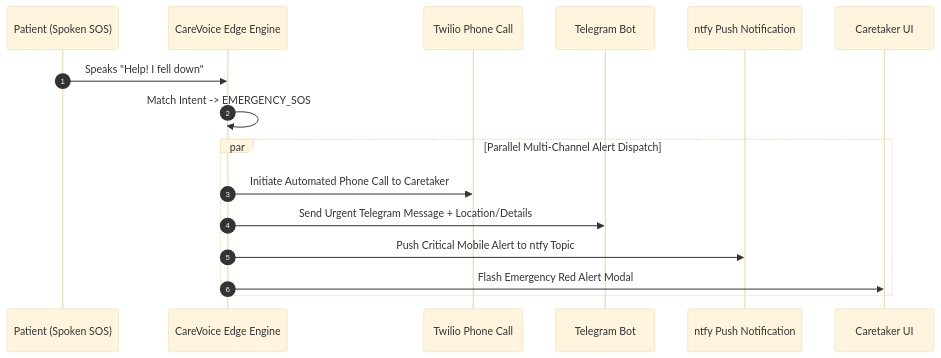
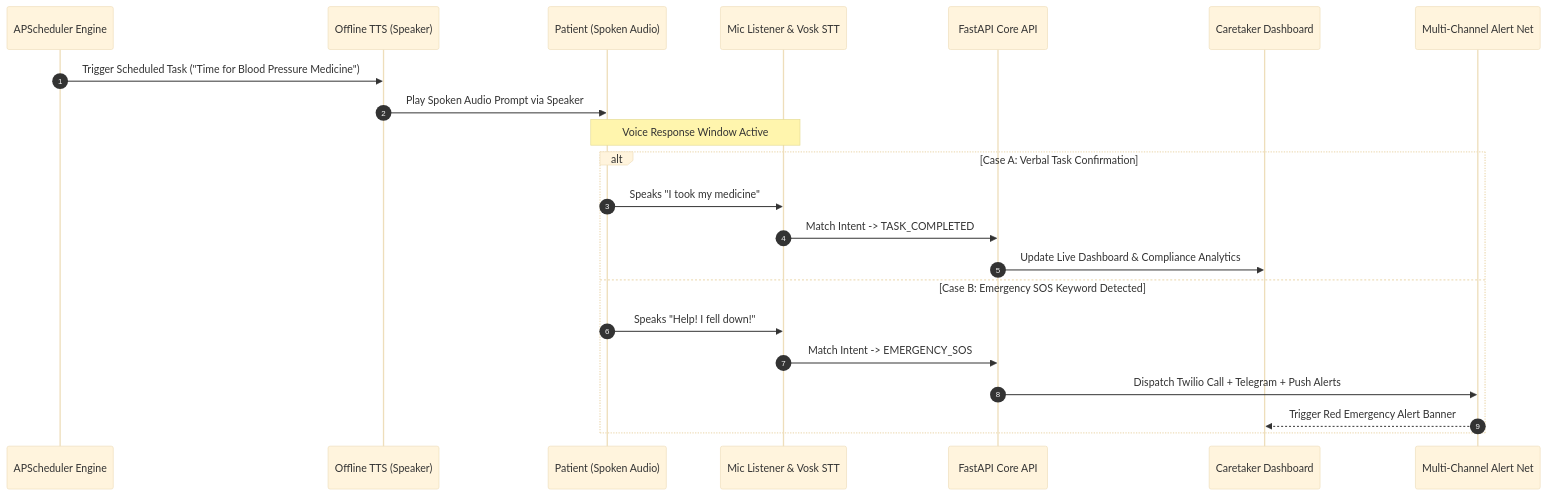
Before and after one commit to AreyMayank/CareVoice-Edge: the second of 3 diagrams in README.md, drawn with Mermaid (base theme). The commit also changed other lines of this file, not shown here.

Commit message:
docs: redraft README with technical architecture, diagrams, and standard setup guide

````diff
--- a/README.md
+++ b/README.md
@@ -124,20 +119,27 @@
 ```mermaid
 sequenceDiagram
     autonumber
-    participant Patient as Patient (Spoken SOS)
-    participant EdgeEngine as CareVoice Edge Engine
-    participant Twilio as Twilio Phone Call
-    participant Telegram as Telegram Bot
-    participant Push as ntfy Push Notification
-    participant Dashboard as Caretaker UI
+    participant Scheduler as APScheduler Engine
+    participant TTS as Offline TTS (Speaker)
+    participant Patient as Patient (Spoken Audio)
+    participant MicEngine as Mic Listener & Vosk STT
+    participant CoreAPI as FastAPI Core API
+    participant CaretakerUI as Caretaker Dashboard
+    participant AlertNet as Multi-Channel Alert Net
 
-    Patient->>EdgeEngine: Speaks "Help! I fell down"
-    EdgeEngine->>EdgeEngine: Match Intent -> EMERGENCY_SOS
-    
-    par Parallel Multi-Channel Alert Dispatch
-        EdgeEngine->>Twilio: Initiate Automated Phone Call to Caretaker
-        EdgeEngine->>Telegram: Send Urgent Telegram Message + Location/Details
-        EdgeEngine->>Push: Push Critical Mobile Alert to ntfy Topic
-        EdgeEngine->>Dashboard: Flash Emergency Red Alert Modal
+    Scheduler->>TTS: Trigger Scheduled Task ("Time for Blood Pressure Medicine")
+    TTS->>Patient: Play Spoken Audio Prompt via Speaker
+
+    Note over Patient,MicEngine: Voice Response Window Active
+
+    alt Case A: Verbal Task Confirmation
+        Patient->>MicEngine: Speaks "I took my medicine"
+        MicEngine->>CoreAPI: Match Intent -> TASK_COMPLETED
+        CoreAPI->>CaretakerUI: Update Live Dashboard & Compliance Analytics
+    else Case B: Emergency SOS Keyword Detected
+        Patient->>MicEngine: Speaks "Help! I fell down!"
+        MicEngine->>CoreAPI: Match Intent -> EMERGENCY_SOS
+        CoreAPI->>AlertNet: Dispatch Twilio Call + Telegram + Push Alerts
+        AlertNet-->>CaretakerUI: Trigger Red Emergency Alert Banner
     end
 ```
````
